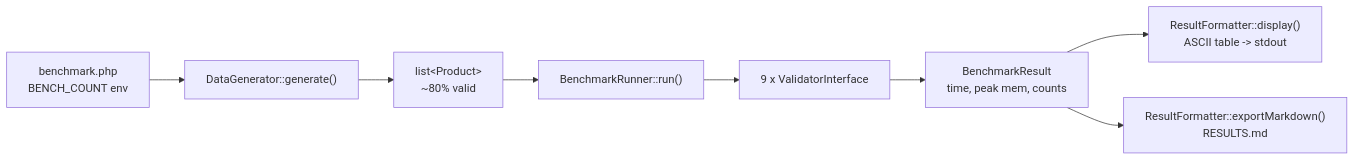
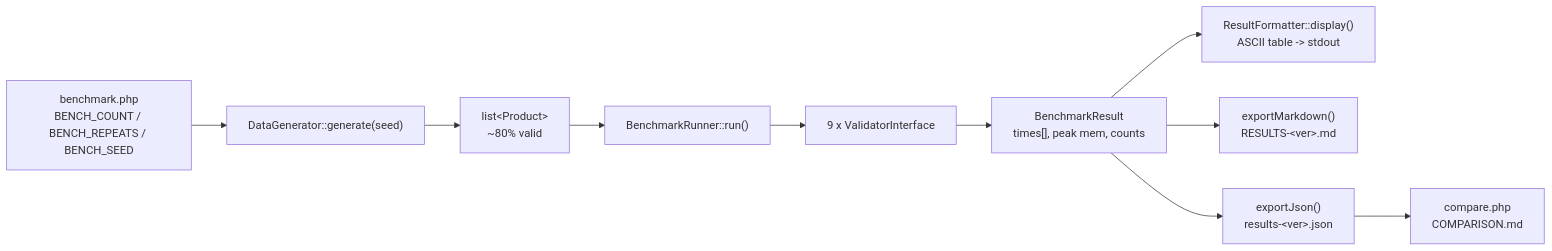
Before and after one commit to sadekd/php-validator-benchmarks: the first of 5 diagrams in README.md, drawn with Mermaid. The commit also changed other lines of this file and 25 other files, not shown here.

First line of the commit message:
feat: benchmark across PHP 8.2 - 8.5 and diff the versions

````diff
--- a/README.md
+++ b/README.md
@@ -29,10 +34,12 @@
 ```mermaid
 flowchart LR
-    A["benchmark.php<br/>BENCH_COUNT env"] --> B["DataGenerator::generate()"]
+    A["benchmark.php<br/>BENCH_COUNT / BENCH_REPEATS / BENCH_SEED"] --> B["DataGenerator::generate(seed)"]
     B --> C["list&lt;Product&gt;<br/>~80% valid"]
     C --> D["BenchmarkRunner::run()"]
     D --> E["9 x ValidatorInterface"]
-    E --> F["BenchmarkResult<br/>time, peak mem, counts"]
+    E --> F["BenchmarkResult<br/>times[], peak mem, counts"]
     F --> G["ResultFormatter::display()<br/>ASCII table -> stdout"]
-    F --> H["ResultFormatter::exportMarkdown()<br/>RESULTS.md"]
+    F --> H["exportMarkdown()<br/>RESULTS-&lt;ver&gt;.md"]
+    F --> I["exportJson()<br/>results-&lt;ver&gt;.json"]
+    I --> J["compare.php<br/>COMPARISON.md"]
 ```
````
